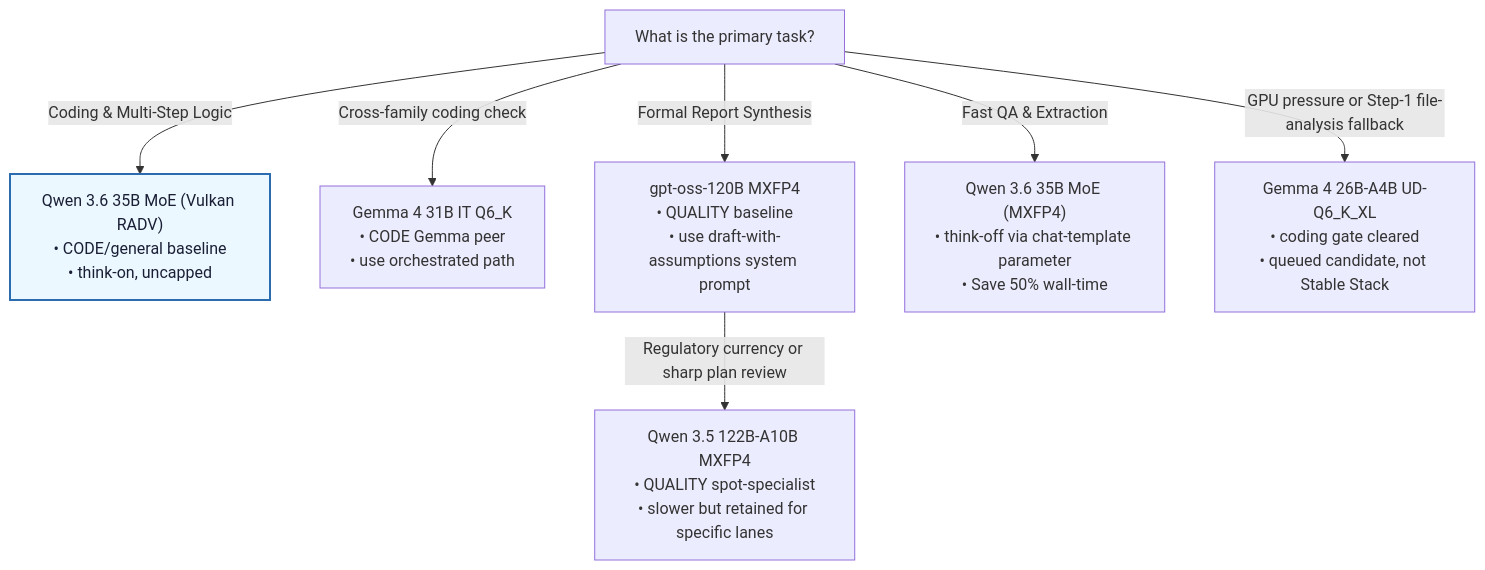
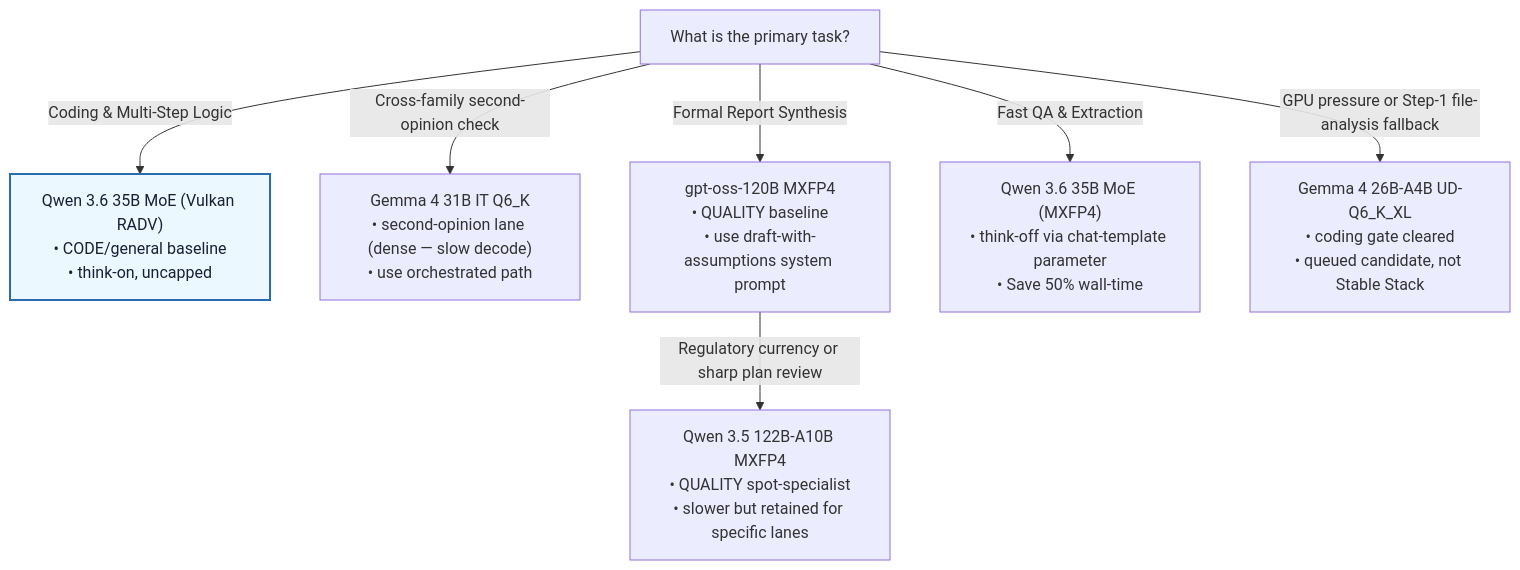
The diagram in reference/decision-tree.md (boxwrench/tesla_agent), drawn with Mermaid before and after one commit. The commit also changed other lines of this file and 16 other files, not shown here.

Commit message:
docs/scripts: correct Gemma 31B speed numbers, KV cache guidance, and peer terminology

````diff
--- a/reference/decision-tree.md
+++ b/reference/decision-tree.md
@@ -5,17 +5,17 @@
 ```mermaid
 graph TD
     Start["What is the primary task?"]
     
     Start -->|Coding & Multi-Step Logic| Code["Qwen 3.6 35B MoE (Vulkan RADV)<br/>• CODE/general baseline<br/>• think-on, uncapped"]
     style Code fill:#ebf8ff,stroke:#2b6cb0,stroke-width:2px,color:#1a1f36
 
-    Start -->|Cross-family coding check| GemmaCode["Gemma 4 31B IT Q6_K<br/>• CODE Gemma peer<br/>• use orchestrated path"]
+    Start -->|Cross-family second-opinion check| GemmaCode["Gemma 4 31B IT Q6_K<br/>• second-opinion lane (dense — slow decode)<br/>• use orchestrated path"]
     
     Start -->|Formal Report Synthesis| Synth["gpt-oss-120B MXFP4<br/>• QUALITY baseline<br/>• use draft-with-assumptions system prompt"]
 
     Synth -->|Regulatory currency or sharp plan review| Specialist["Qwen 3.5 122B-A10B MXFP4<br/>• QUALITY spot-specialist<br/>• slower but retained for specific lanes"]
     
     Start -->|Fast QA & Extraction| Ext["Qwen 3.6 35B MoE (MXFP4)<br/>• think-off via chat-template parameter<br/>• Save 50% wall-time"]
 
     Start -->|GPU pressure or Step-1 file-analysis fallback| Queued["Gemma 4 26B-A4B UD-Q6_K_XL<br/>• coding gate cleared<br/>• queued candidate, not Stable Stack"]
 ```
````
